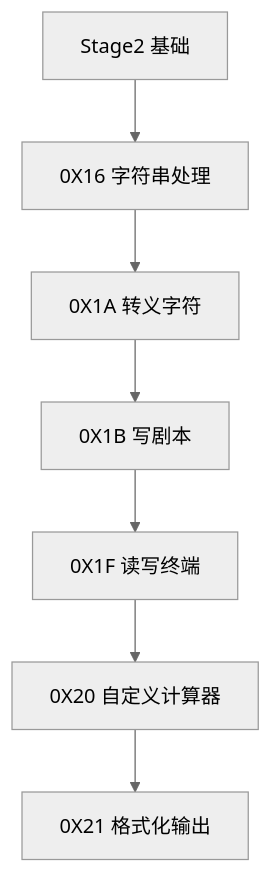
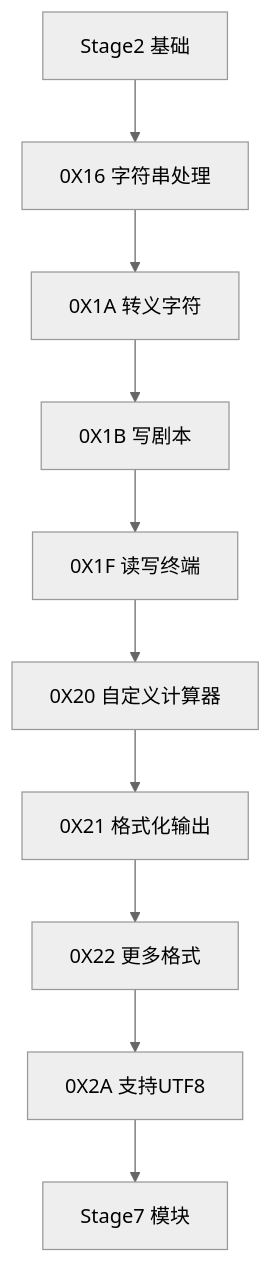
One commit to ZhiZe-ZG/TXLuaLesson changed the fifth of 8 diagrams in 目录.md. Above: the diagram before and after it, drawn with Mermaid (neutral theme). The commit also changed other lines of this file and 9 other files, not shown here.

````diff
--- a/目录.md
+++ b/目录.md
@@ -132,17 +132,23 @@
 ```mermaid
 graph TD;
     S2[Stage2 基础]
+    S7[Stage7 模块]
     C16[0X16 字符串处理]
     C1A[0X1A 转义字符]
     C1B[0X1B 写剧本]
     C1F[0X1F 读写终端]
     C20[0X20 自定义计算器]
     C21[0X21 格式化输出]
+    C22[0X22 更多格式]
+    C2A[0X2A 支持UTF8]
 
     S2-->C16
     C16-->C1A
     C1A-->C1B
     C1B-->C1F
     C1F-->C20
     C20-->C21
+    C21-->C22
+    C22-->C2A
+    C2A-->S7
 ```
````
